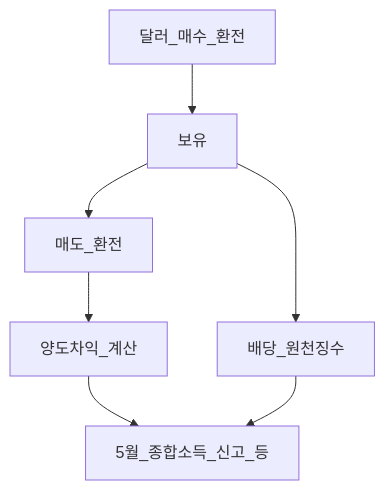
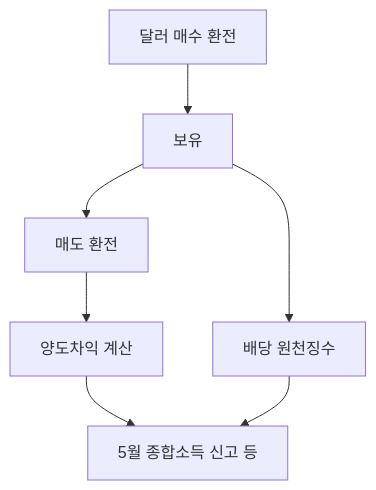
The first of 2 diagrams in 03-markets/overseas-equities-intro.md (goldanghenry/Finances), drawn with Mermaid before and after one commit. The commit also changed other lines of this file and 211 other files, not shown here.

````diff
--- a/03-markets/overseas-equities-intro.md
+++ b/03-markets/overseas-equities-intro.md
@@ -119,9 +125,9 @@
 ```mermaid
 flowchart TD
-  Buy[달러_매수_환전] --> Hold[보유]
-  Hold --> Div[배당_원천징수]
-  Hold --> Sell[매도_환전]
-  Sell --> Gain[양도차익_계산]
-  Gain --> Report[5월_종합소득_신고_등]
+  Buy["달러 매수 환전"] --> Hold[보유]
+  Hold --> Div["배당 원천징수"]
+  Hold --> Sell["매도 환전"]
+  Sell --> Gain["양도차익 계산"]
+  Gain --> Report["5월 종합소득 신고 등"]
   Div --> Report
 ```
````
